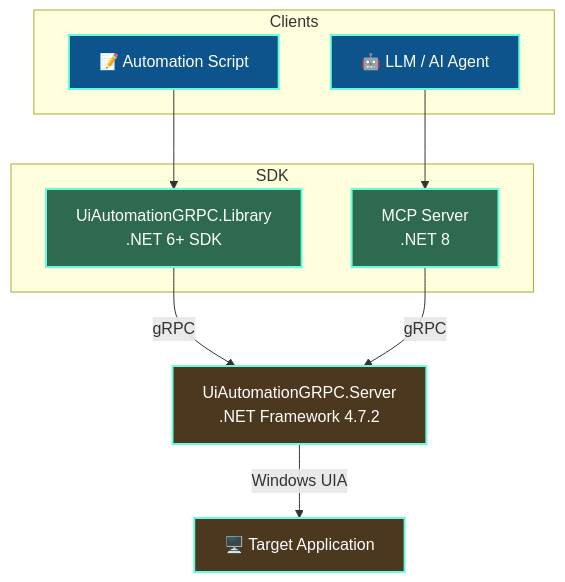
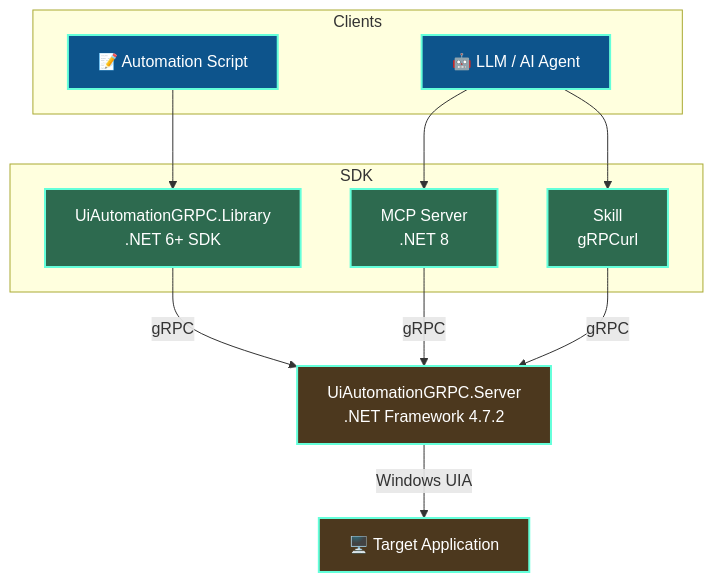
Before and after one commit to Donsezan/UiAutomationGRPC: the second of 2 diagrams in README.md, drawn with Mermaid.

Commit message:
Update SDK diagram to include Skill component

````diff
--- a/README.md
+++ b/README.md
@@ -128,26 +128,29 @@
 ```mermaid
 graph TD
     subgraph Clients
         Script["📝 Automation Script"]
         LLM["🤖 LLM / AI Agent"]
     end
 
     subgraph SDK
         Library["UiAutomationGRPC.Library<br/>.NET 6+ SDK"]
         MCP["MCP Server<br/>.NET 8"]
+        Skill["Skill<br/>gRPCurl"]
     end
 
     Script --> Library
     LLM --> MCP
+    LLM --> Skill
     Library -->|gRPC| Server["UiAutomationGRPC.Server<br/>.NET Framework 4.7.2"]
     MCP -->|gRPC| Server
+    Skill -->|gRPC| Server
     Server -->|Windows UIA| Target["🖥️ Target Application"]
 
     classDef client fill:#0d548c,stroke:#64ffda,stroke-width:2px,color:#fff;
     classDef sdk fill:#2d6a4f,stroke:#64ffda,stroke-width:2px,color:#fff;
     classDef server fill:#4c381e,stroke:#64ffda,stroke-width:2px,color:#fff;
 
     class Script,LLM client;
-    class Library,MCP sdk;
+    class Library,MCP,Skill sdk;
     class Server,Target server;
 ```
````
